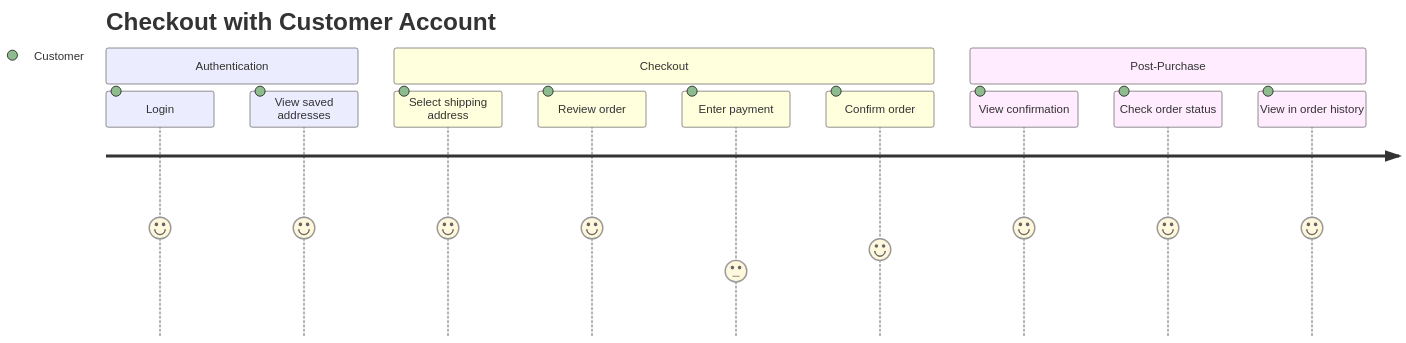
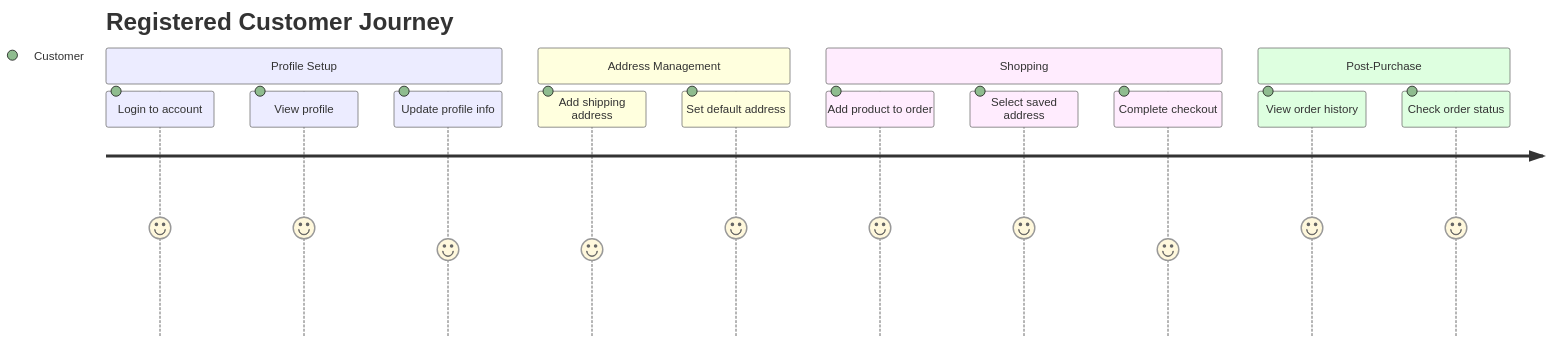
One commit to QuinntyneBrown/Vult changed diagram 12 of 14 in docs/specs/customer/02-use-case-diagrams.md. Above: the diagram before and after it, drawn with Mermaid. The commit also changed other lines of this file and 4 other files, not shown here.

````diff
--- a/docs/specs/customer/02-use-case-diagrams.md
+++ b/docs/specs/customer/02-use-case-diagrams.md
@@ -625,16 +402,18 @@
 ```mermaid
 journey
-    title Checkout with Customer Account
-    section Authentication
-      Login: 5: Customer
-      View saved addresses: 5: Customer
-    section Checkout
-      Select shipping address: 5: Customer
-      Review order: 5: Customer
-      Enter payment: 3: Customer
-      Confirm order: 4: Customer
+    title Registered Customer Journey
+    section Profile Setup
+      Login to account: 5: Customer
+      View profile: 5: Customer
+      Update profile info: 4: Customer
+    section Address Management
+      Add shipping address: 4: Customer
+      Set default address: 5: Customer
+    section Shopping
+      Add product to order: 5: Customer
+      Select saved address: 5: Customer
+      Complete checkout: 4: Customer
     section Post-Purchase
-      View confirmation: 5: Customer
+      View order history: 5: Customer
       Check order status: 5: Customer
-      View in order history: 5: Customer
 ```
````
